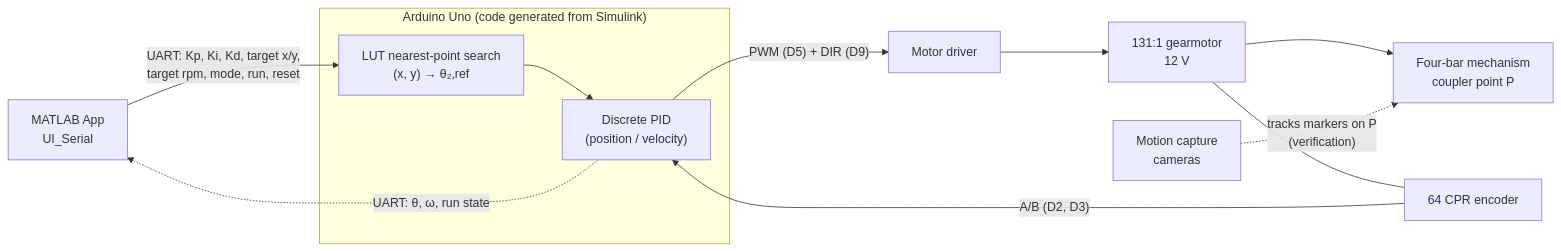
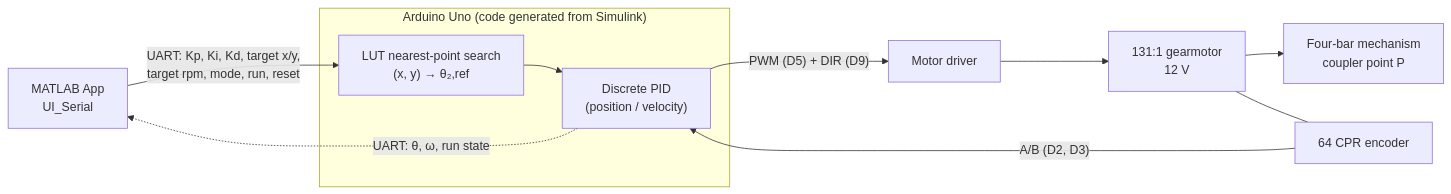
Before and after one commit to MCanKandamar/FourBar-RealTimeControl-ModelBasedDesign: the diagram in README.md, drawn with Mermaid. The commit also changed other lines of this file and 1 other file, not shown here.

````diff
--- a/README.md
+++ b/README.md
@@ -71,21 +69,19 @@
 ```mermaid
 flowchart LR
     APP["MATLAB App<br/>UI_Serial"]
     subgraph ARD["Arduino Uno (code generated from Simulink)"]
         LUT["LUT nearest-point search<br/>(x, y) → θ₂,ref"]
         PID["Discrete PID<br/>(position / velocity)"]
     end
     DRV["Motor driver"]
     MOT["131:1 gearmotor<br/>12 V"]
     MECH["Four-bar mechanism<br/>coupler point P"]
     ENC["64 CPR encoder"]
-    MOCAP["Motion capture<br/>cameras"]
 
     APP -- "UART: Kp, Ki, Kd, target x/y,<br/>target rpm, mode, run, reset" --> LUT
     LUT --> PID
     PID -- "PWM (D5) + DIR (D9)" --> DRV --> MOT --> MECH
     MOT --- ENC
     ENC -- "A/B (D2, D3)" --> PID
     PID -. "UART: θ, ω, run state" .-> APP
-    MOCAP -. "tracks markers on P<br/>(verification)" .-> MECH
 ```
````
